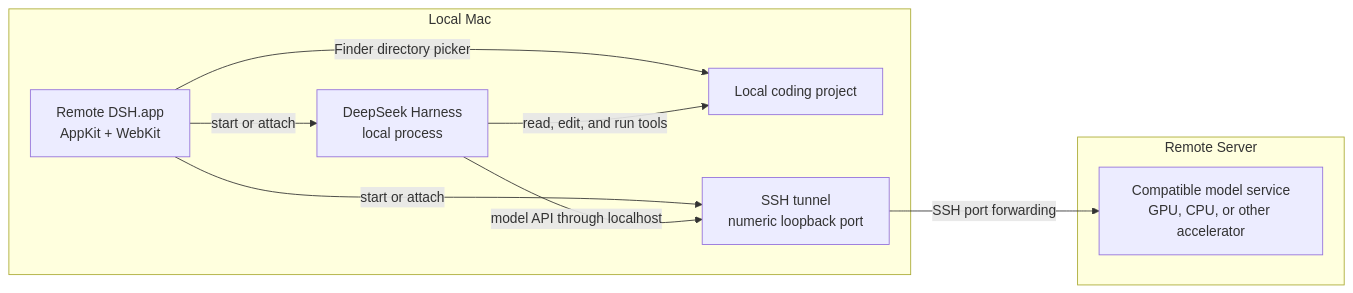
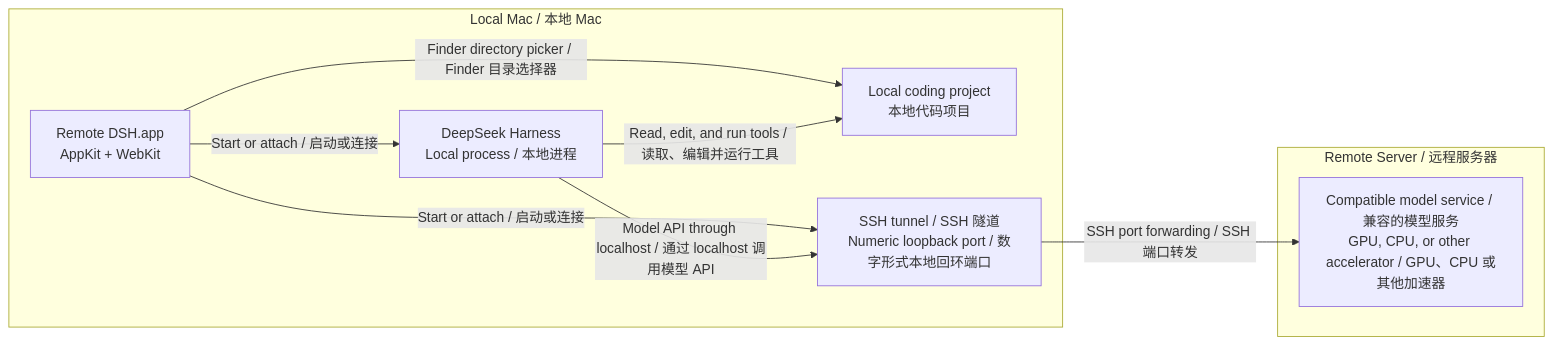
One commit to Tamarisk-Du/remote-dsh-macos changed the diagram in README.md. Above: the diagram before and after it, drawn with Mermaid. The commit also changed other lines of this file and 2 other files, not shown here.

````diff
--- a/README.md
+++ b/README.md
@@ -58,21 +74,21 @@
 ```mermaid
 flowchart LR
-    subgraph Mac["Local Mac"]
+    subgraph Mac["Local Mac / 本地 Mac"]
         App["Remote DSH.app<br/>AppKit + WebKit"]
-        Harness["DeepSeek Harness<br/>local process"]
-        Project["Local coding project"]
-        Tunnel["SSH tunnel<br/>numeric loopback port"]
+        Harness["DeepSeek Harness<br/>Local process / 本地进程"]
+        Project["Local coding project<br/>本地代码项目"]
+        Tunnel["SSH tunnel / SSH 隧道<br/>Numeric loopback port / 数字形式本地回环端口"]
 
-        App -->|start or attach| Harness
-        App -->|start or attach| Tunnel
-        App -->|Finder directory picker| Project
-        Harness -->|read, edit, and run tools| Project
-        Harness -->|model API through localhost| Tunnel
+        App -->|Start or attach / 启动或连接| Harness
+        App -->|Start or attach / 启动或连接| Tunnel
+        App -->|Finder directory picker / Finder 目录选择器| Project
+        Harness -->|Read, edit, and run tools / 读取、编辑并运行工具| Project
+        Harness -->|Model API through localhost / 通过 localhost 调用模型 API| Tunnel
     end
 
-    subgraph Server["Remote Server"]
-        Model["Compatible model service<br/>GPU, CPU, or other accelerator"]
+    subgraph Server["Remote Server / 远程服务器"]
+        Model["Compatible model service / 兼容的模型服务<br/>GPU, CPU, or other accelerator / GPU、CPU 或其他加速器"]
     end
 
-    Tunnel -->|SSH port forwarding| Model
+    Tunnel -->|SSH port forwarding / SSH 端口转发| Model
 ```
````
